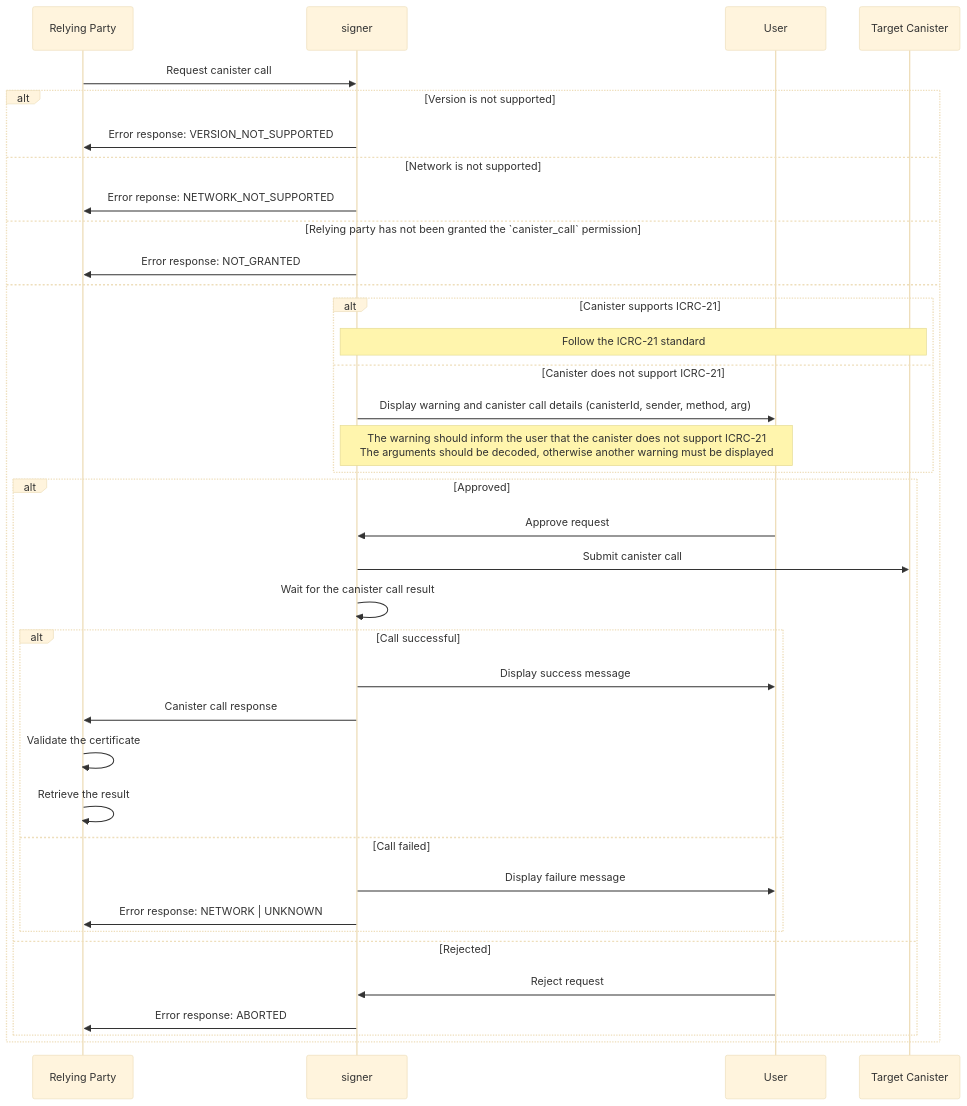
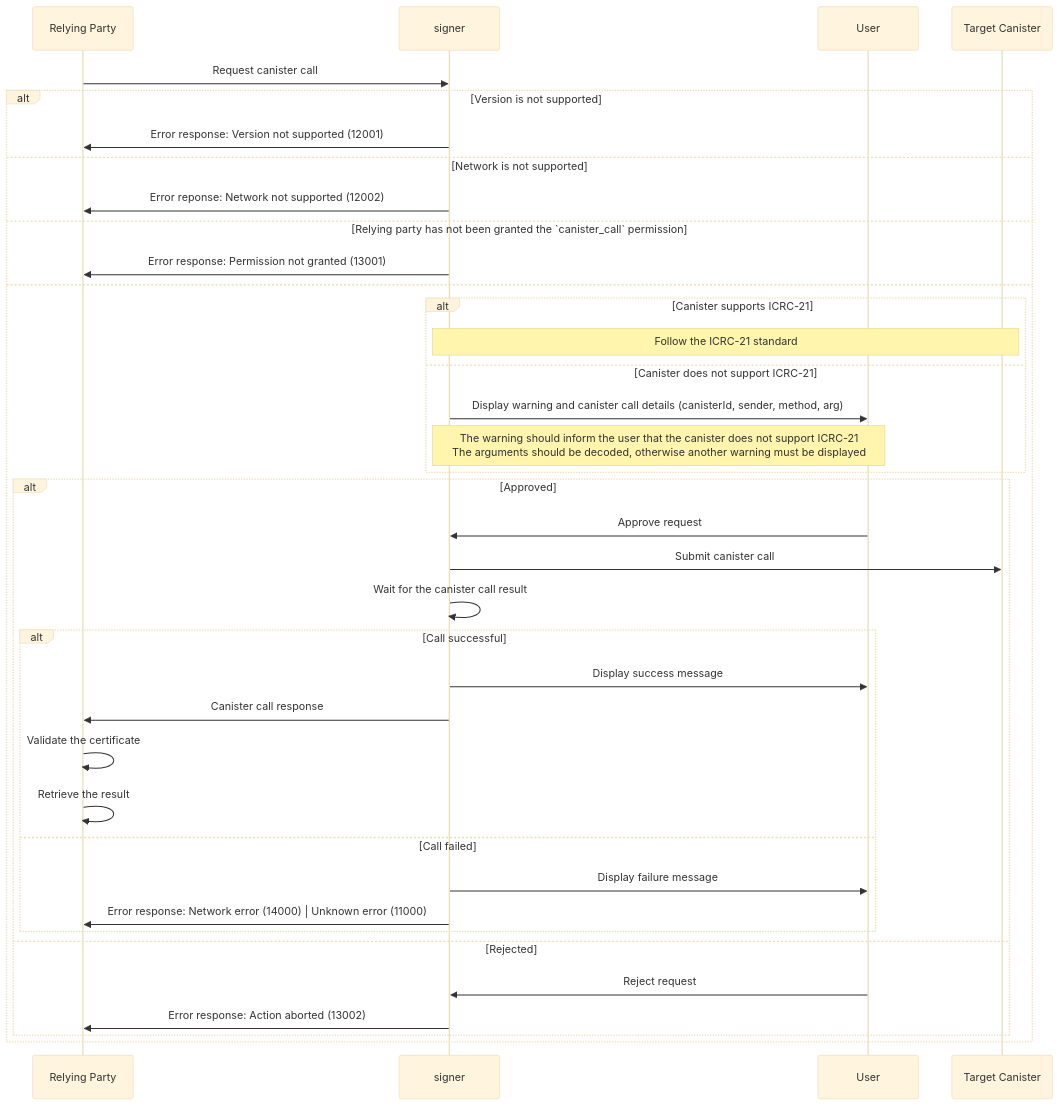
Before and after one commit to dfinity/wg-identity-authentication: the second of 3 diagrams in topics/icrc_25_signer_interaction_standard.md, drawn with Mermaid (base theme). The commit also changed other lines of this file, not shown here.

Commit message:
Fix error response specs to comply to JSON-RPC 2.0 standard

````diff
--- a/topics/icrc_25_signer_interaction_standard.md
+++ b/topics/icrc_25_signer_interaction_standard.md
@@ -273,40 +308,40 @@
 ```mermaid
 sequenceDiagram
     participant RP as Relying Party
     participant S as signer
     participant U as User
     participant C as Target Canister
 
     RP ->> S: Request canister call
     alt Version is not supported
-        S ->> RP: Error response: VERSION_NOT_SUPPORTED
+        S ->> RP: Error response: Version not supported (12001)
     else Network is not supported
-        S ->> RP: Error reponse: NETWORK_NOT_SUPPORTED
+        S ->> RP: Error reponse: Network not supported (12002)
     else Relying party has not been granted the `canister_call` permission
-        S ->> RP: Error response: NOT_GRANTED
+        S ->> RP: Error response: Permission not granted (13001)
     else
         alt Canister supports ICRC-21
             Note over S,C: Follow the ICRC-21 standard
         else Canister does not support ICRC-21
             S ->> U: Display warning and canister call details (canisterId, sender, method, arg)
             Note over S,U: The warning should inform the user that the canister does not support ICRC-21<br/>The arguments should be decoded, otherwise another warning must be displayed
         end
         alt Approved
             U ->> S: Approve request
             S ->> C: Submit canister call
             S ->> S: Wait for the canister call result
             alt Call successful
                 S ->> U: Display success message
                 S ->> RP: Canister call response
                 RP ->> RP: Validate the certificate
                 RP ->> RP: Retrieve the result
             else Call failed
                 S ->> U: Display failure message
-                S ->> RP: Error response: NETWORK | UNKNOWN
+                S ->> RP: Error response: Network error (14000) | Unknown error (11000)
             end
         else Rejected
             U ->> S: Reject request
-            S ->> RP: Error response: ABORTED
+            S ->> RP: Error response: Action aborted (13002)
         end
     end
 ```
````
